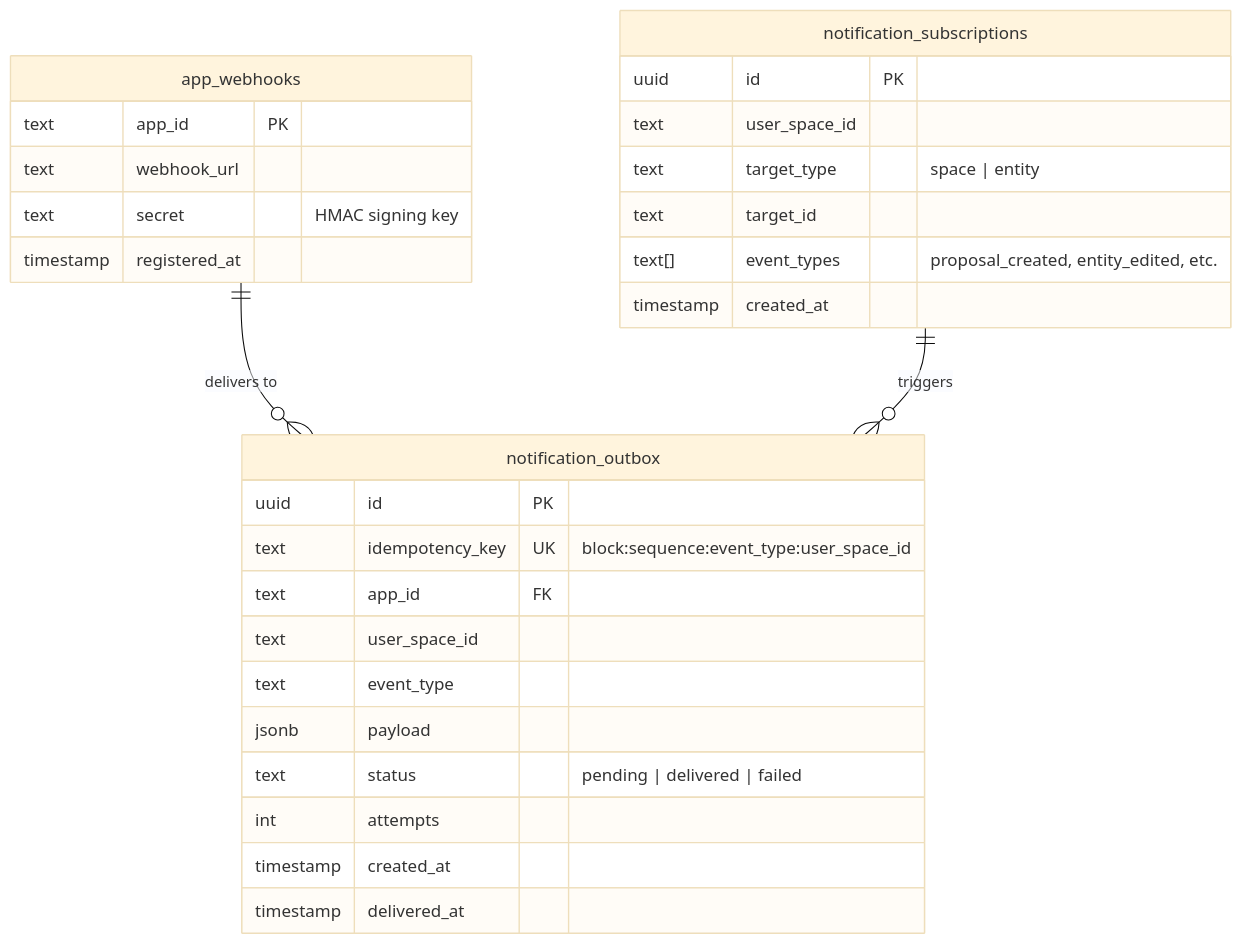
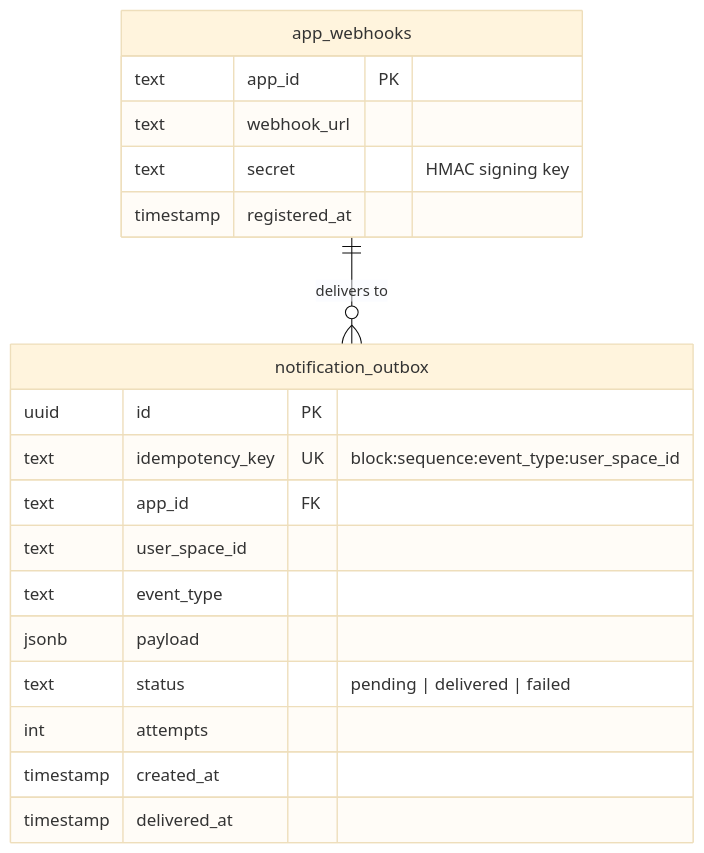
The third of 5 diagrams in docs/rfcs/0004-notification-service.md (geobrowser/gaia), drawn with Mermaid (base theme) before and after one commit. The commit also changed other lines of this file, not shown here.

First line of the commit message:
docs: refine notification RFC scope

````diff
--- a/docs/rfcs/0004-notification-service.md
+++ b/docs/rfcs/0004-notification-service.md
@@ -145,34 +130,24 @@
 ```mermaid
 erDiagram
-    notification_subscriptions {
-        uuid id PK
-        text user_space_id
-        text target_type "space | entity"
-        text target_id
-        text[] event_types "proposal_created, entity_edited, etc."
-        timestamp created_at
-    }
-
     notification_outbox {
         uuid id PK
         text idempotency_key UK "block:sequence:event_type:user_space_id"
         text app_id FK
         text user_space_id
         text event_type
         jsonb payload
         text status "pending | delivered | failed"
         int attempts
         timestamp created_at
         timestamp delivered_at
     }
 
     app_webhooks {
         text app_id PK
         text webhook_url
         text secret "HMAC signing key"
         timestamp registered_at
     }
 
     app_webhooks ||--o{ notification_outbox : "delivers to"
-    notification_subscriptions ||--o{ notification_outbox : "triggers"
 ```
````
